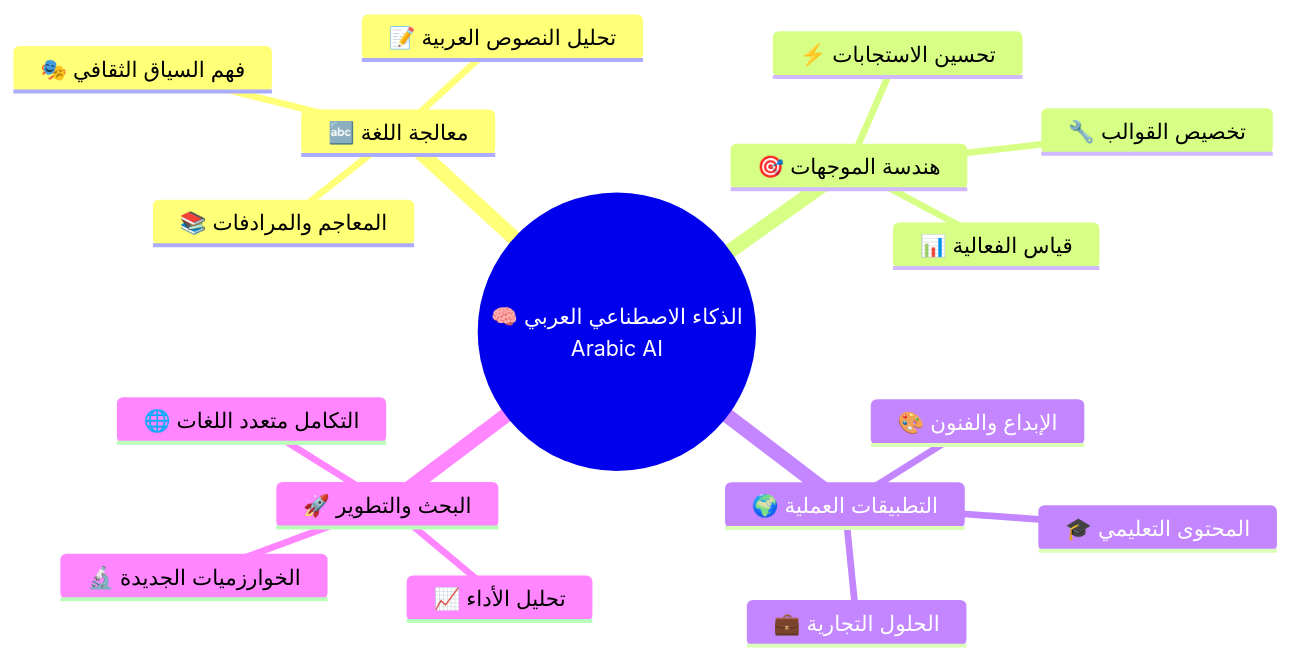
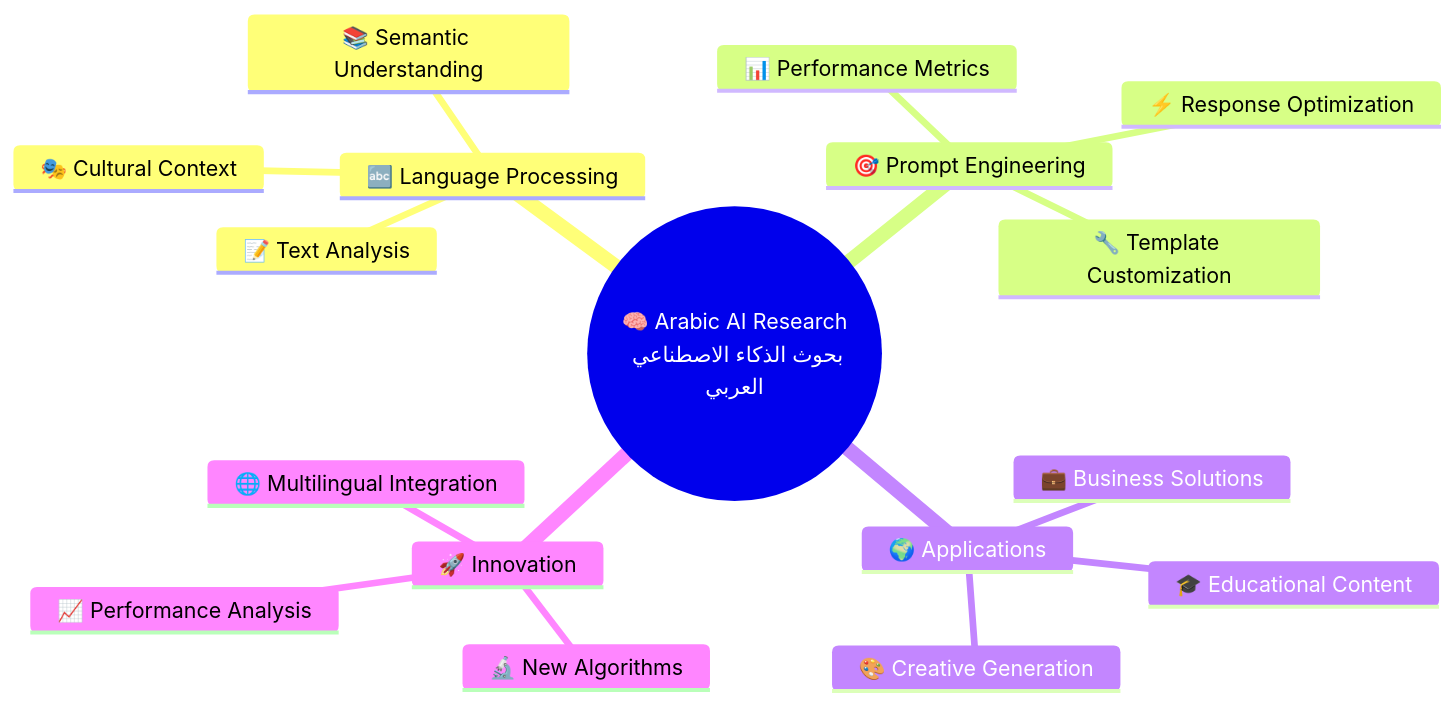
Before and after one commit to MarwanDevSpace/Marwan.dev: the diagram in README.md, drawn with Mermaid. The commit also changed other lines of this file, not shown here.

````diff
--- a/README.md
+++ b/README.md
@@ -195,20 +156,20 @@
 ```mermaid
 mindmap
-  root((🧠 الذكاء الاصطناعي العربي<br/>Arabic AI))
-    🔤 معالجة اللغة
-      📝 تحليل النصوص العربية
-      🎭 فهم السياق الثقافي
-      📚 المعاجم والمرادفات
-    🎯 هندسة الموجهات
-      ⚡ تحسين الاستجابات
-      🔧 تخصيص القوالب
-      📊 قياس الفعالية
-    🌍 التطبيقات العملية
-      💼 الحلول التجارية
-      🎓 المحتوى التعليمي
-      🎨 الإبداع والفنون
-    🚀 البحث والتطوير
-      🔬 الخوارزميات الجديدة
-      📈 تحليل الأداء
-      🌐 التكامل متعدد اللغات
+  root((🧠 Arabic AI Research<br/>بحوث الذكاء الاصطناعي العربي))
+    🔤 Language Processing
+      📝 Text Analysis
+      🎭 Cultural Context
+      📚 Semantic Understanding
+    🎯 Prompt Engineering
+      ⚡ Response Optimization
+      🔧 Template Customization
+      📊 Performance Metrics
+    🌍 Applications
+      💼 Business Solutions
+      🎓 Educational Content
+      🎨 Creative Generation
+    🚀 Innovation
+      🔬 New Algorithms
+      📈 Performance Analysis
+      🌐 Multilingual Integration
 ```
````
